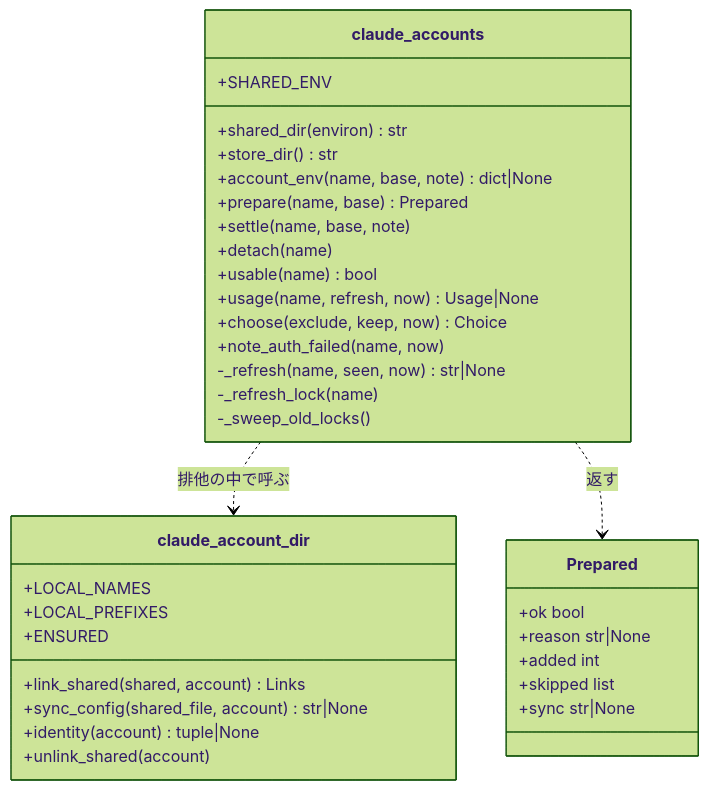
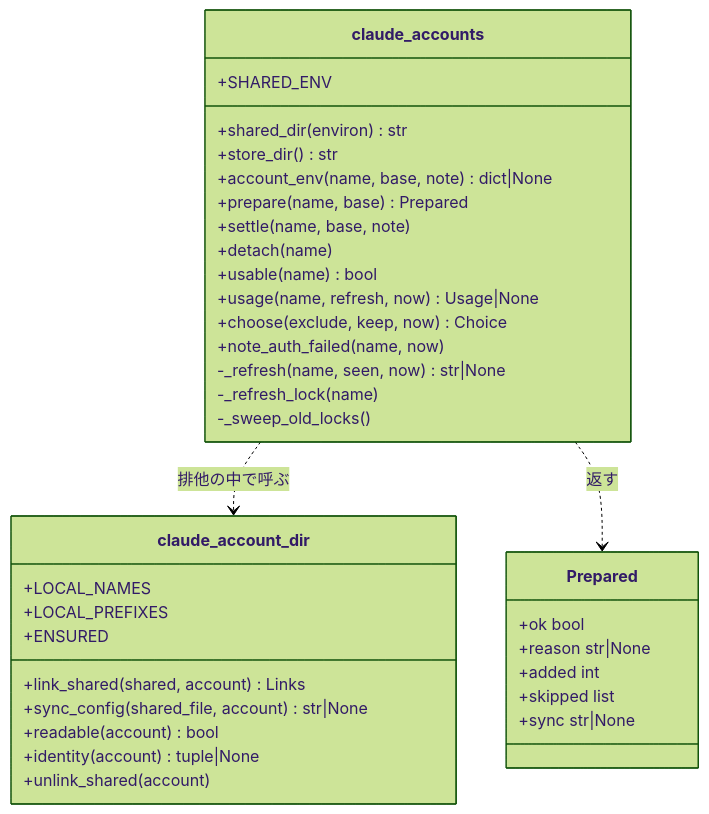
Before and after one commit to devbasex/ai-plugins: the first of 6 diagrams in issues/issue-1576-design-details.md, drawn with Mermaid (forest theme). The commit also changed other lines of this file and 4 other files, not shown here.

````diff
--- a/issues/issue-1576-design-details.md
+++ b/issues/issue-1576-design-details.md
@@ -11,37 +11,38 @@
 ```mermaid
 classDiagram
   class claude_accounts {
     +SHARED_ENV
     +shared_dir(environ) str
     +store_dir() str
     +account_env(name, base, note) dict|None
     +prepare(name, base) Prepared
     +settle(name, base, note)
     +detach(name)
     +usable(name) bool
     +usage(name, refresh, now) Usage|None
     +choose(exclude, keep, now) Choice
     +note_auth_failed(name, now)
     -_refresh(name, seen, now) str|None
     -_refresh_lock(name)
     -_sweep_old_locks()
   }
   class claude_account_dir {
     +LOCAL_NAMES
     +LOCAL_PREFIXES
     +ENSURED
     +link_shared(shared, account) Links
     +sync_config(shared_file, account) str|None
+    +readable(account) bool
     +identity(account) tuple|None
     +unlink_shared(account)
   }
   class Prepared {
     +ok bool
     +reason str|None
     +added int
     +skipped list
     +sync str|None
   }
   claude_accounts ..> claude_account_dir: 排他の中で呼ぶ
   claude_accounts ..> Prepared: 返す
 ```
````
